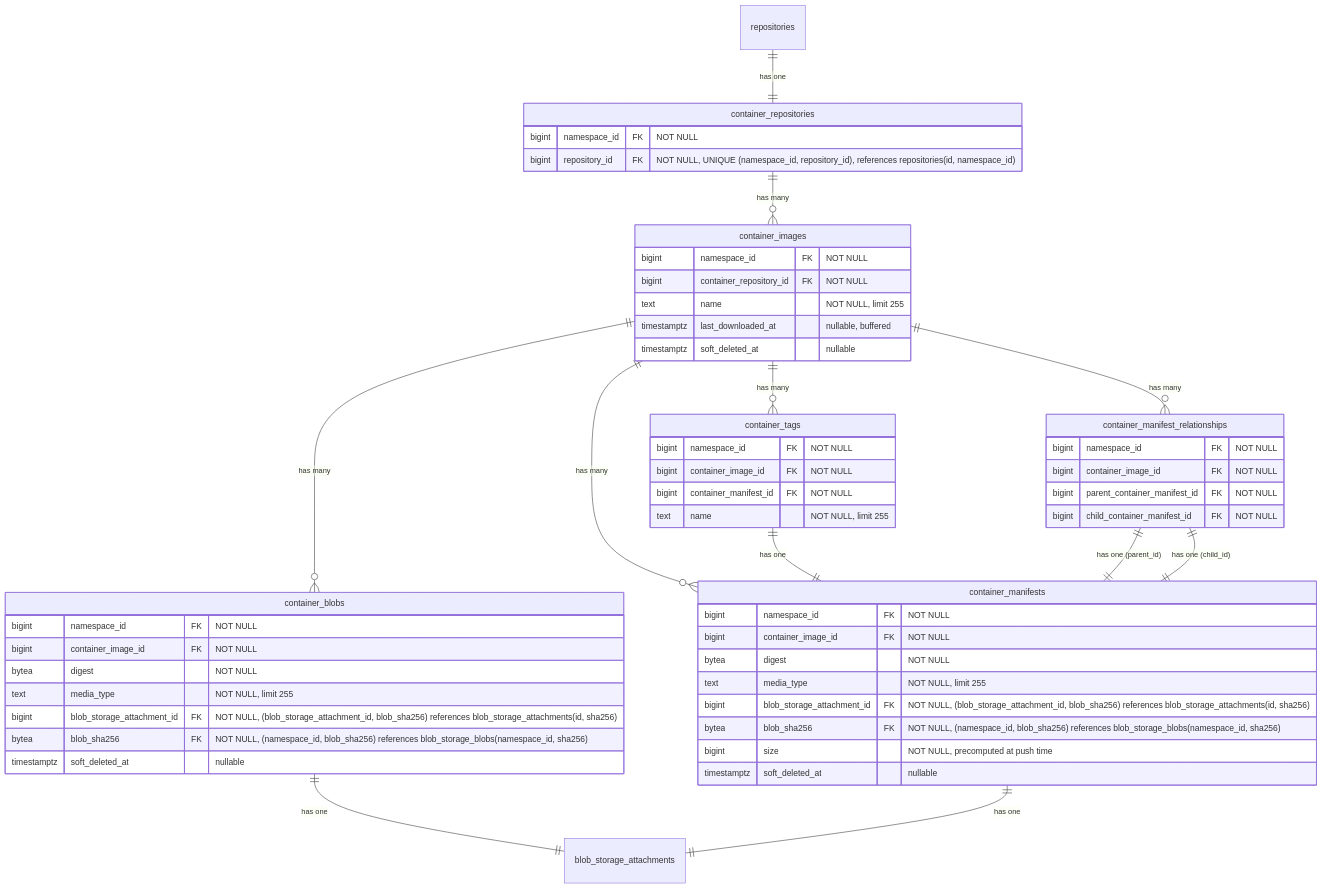
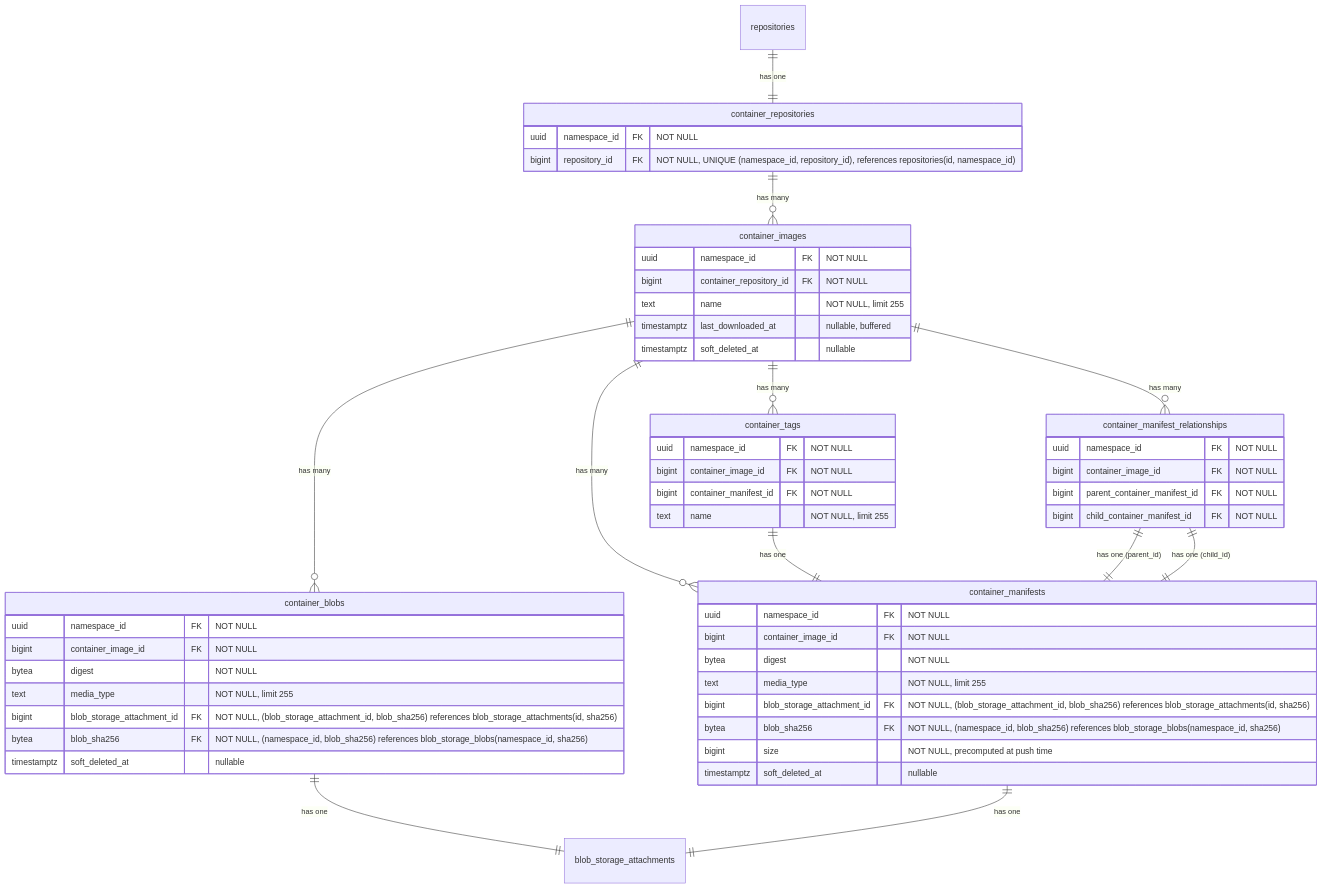
One commit to kyama0/gitlab-handbook-ja changed the seventh of 17 diagrams in content/handbook/engineering/architecture/design-documents/artifact_registry/decisions/007_database_schema.md. Above: the diagram before and after it, drawn with Mermaid. The commit also changed other lines of this file and 10 other files, not shown here.

Commit message:
translation: update 10 modified engineering architecture artifact_registry + ai editor-extensions files

````diff
--- a/content/handbook/engineering/architecture/design-documents/artifact_registry/decisions/007_database_schema.md
+++ b/content/handbook/engineering/architecture/design-documents/artifact_registry/decisions/007_database_schema.md
@@ -355,62 +355,62 @@
 ```mermaid
 erDiagram
     repositories ||--|| container_repositories : "has one"
     container_repositories ||--o{ container_images : "has many"
     container_images ||--o{ container_blobs : "has many"
     container_images ||--o{ container_manifests : "has many"
     container_images ||--o{ container_manifest_relationships : "has many"
     container_images ||--o{ container_tags : "has many"
     container_tags ||--|| container_manifests : "has one"
     container_blobs ||--|| blob_storage_attachments : "has one"
     container_manifests ||--|| blob_storage_attachments : "has one"
     container_manifest_relationships ||--|| container_manifests : "has one (parent_id)"
     container_manifest_relationships ||--|| container_manifests : "has one (child_id)"
 
     container_repositories {
-        bigint namespace_id FK "NOT NULL"
+        uuid namespace_id FK "NOT NULL"
         bigint repository_id FK "NOT NULL, UNIQUE (namespace_id, repository_id), references repositories(id, namespace_id)"
     }
 
     container_images {
-        bigint namespace_id FK "NOT NULL"
+        uuid namespace_id FK "NOT NULL"
         bigint container_repository_id FK "NOT NULL"
         text name "NOT NULL, limit 255"
         timestamptz last_downloaded_at "nullable, buffered"
         timestamptz soft_deleted_at "nullable"
     }
 
     container_blobs {
-        bigint namespace_id FK "NOT NULL"
+        uuid namespace_id FK "NOT NULL"
         bigint container_image_id FK "NOT NULL"
         bytea digest "NOT NULL"
         text media_type "NOT NULL, limit 255"
         bigint blob_storage_attachment_id FK "NOT NULL, (blob_storage_attachment_id, blob_sha256) references blob_storage_attachments(id, sha256)"
         bytea blob_sha256 FK "NOT NULL, (namespace_id, blob_sha256) references blob_storage_blobs(namespace_id, sha256)"
         timestamptz soft_deleted_at "nullable"
     }
 
     container_manifests {
-        bigint namespace_id FK "NOT NULL"
+        uuid namespace_id FK "NOT NULL"
         bigint container_image_id FK "NOT NULL"
         bytea digest "NOT NULL"
         text media_type "NOT NULL, limit 255"
         bigint blob_storage_attachment_id FK "NOT NULL, (blob_storage_attachment_id, blob_sha256) references blob_storage_attachments(id, sha256)"
         bytea blob_sha256 FK "NOT NULL, (namespace_id, blob_sha256) references blob_storage_blobs(namespace_id, sha256)"
         bigint size "NOT NULL, precomputed at push time"
         timestamptz soft_deleted_at "nullable"
     }
 
     container_manifest_relationships {
-        bigint namespace_id FK "NOT NULL"
+        uuid namespace_id FK "NOT NULL"
         bigint container_image_id FK "NOT NULL"
         bigint parent_container_manifest_id FK "NOT NULL"
         bigint child_container_manifest_id FK "NOT NULL"
     }
 
     container_tags {
-        bigint namespace_id FK "NOT NULL"
+        uuid namespace_id FK "NOT NULL"
         bigint container_image_id FK "NOT NULL"
         bigint container_manifest_id FK "NOT NULL"
         text name "NOT NULL, limit 255"
     }
 ```
````
